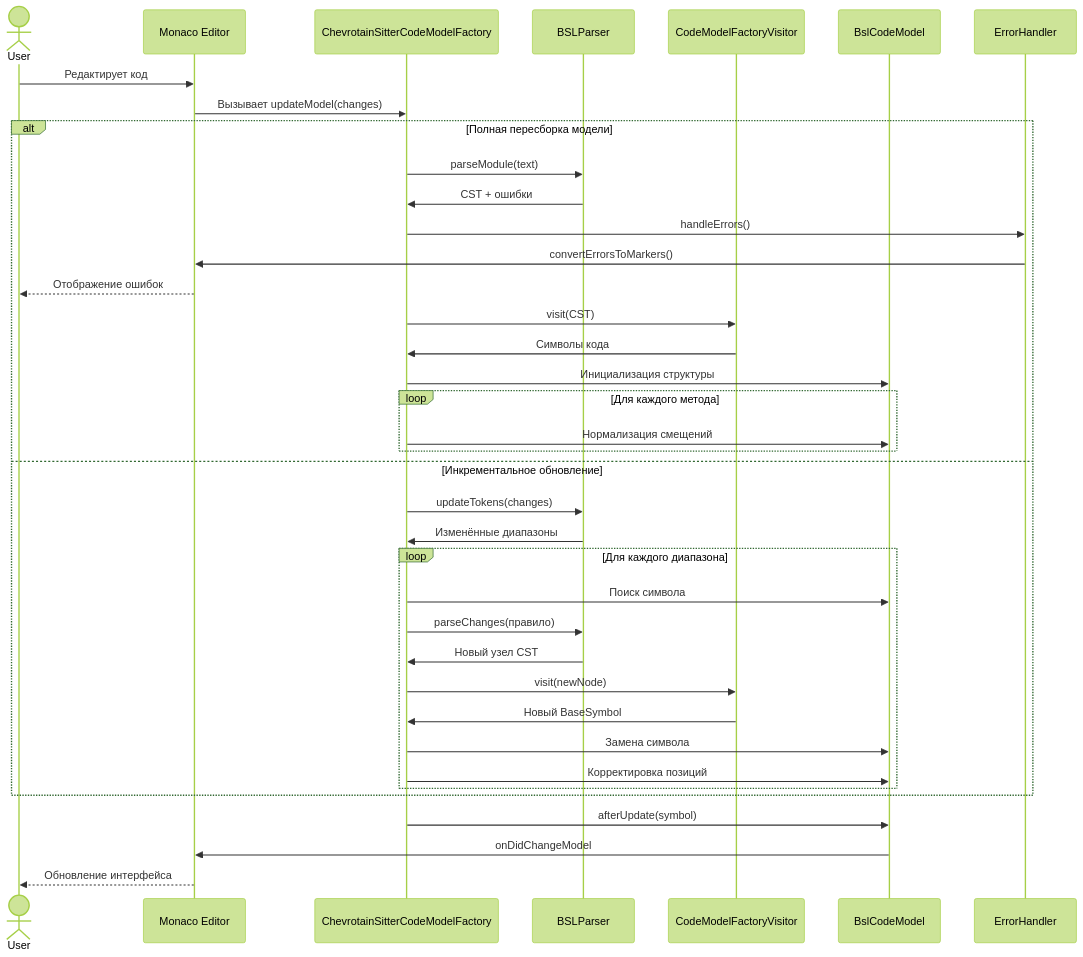
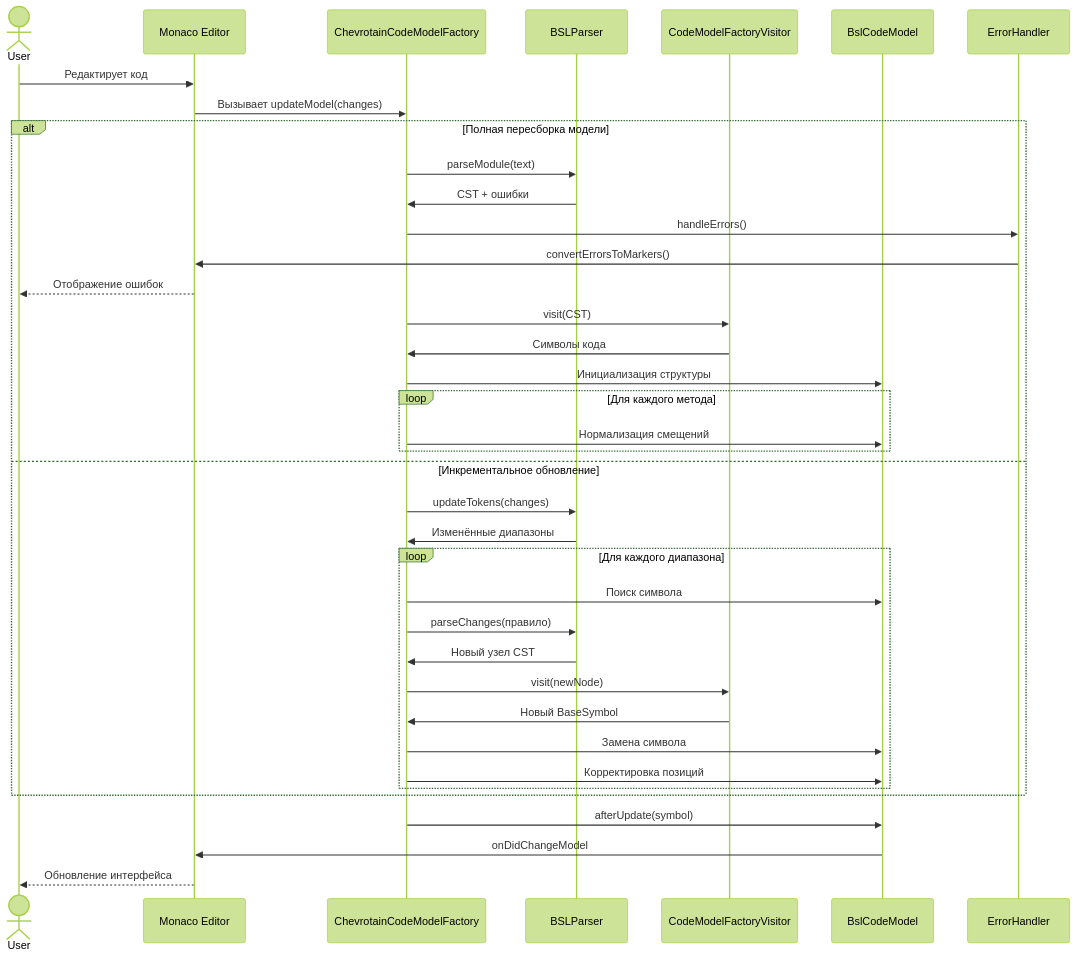
One commit to bia-technologies/yaxunit-editor changed the first of 2 diagrams in docs/codemodel.md. Above: the diagram before and after it, drawn with Mermaid (forest theme). The commit also changed 10 other files, not shown here.

````diff
--- a/docs/codemodel.md
+++ b/docs/codemodel.md
@@ -17,44 +17,44 @@
 ```mermaid title="Обновление CodeModel"
 sequenceDiagram
     actor User
     participant Editor as Monaco Editor
-    participant Factory as ChevrotainSitterCodeModelFactory
+    participant Factory as ChevrotainCodeModelFactory
     participant Parser as BSLParser
     participant Visitor as CodeModelFactoryVisitor
     participant CodeModel as BslCodeModel
     participant ErrorHandler
 
     User->>Editor: Редактирует код
     Editor->>Factory: Вызывает updateModel(changes)
     
     alt Полная пересборка модели
         Factory->>Parser: parseModule(text)
         Parser->>Factory: CST + ошибки
         Factory->>ErrorHandler: handleErrors()
         ErrorHandler->>Editor: convertErrorsToMarkers()
         Editor-->>User: Отображение ошибок
         Factory->>Visitor: visit(CST)
         Visitor->>Factory: Символы кода
         Factory->>CodeModel: Инициализация структуры
         loop Для каждого метода
             Factory->>CodeModel: Нормализация смещений
         end
     else Инкрементальное обновление
         Factory->>Parser: updateTokens(changes)
         Parser->>Factory: Изменённые диапазоны
         loop Для каждого диапазона
             Factory->>CodeModel: Поиск символа
             Factory->>Parser: parseChanges(правило)
             Parser->>Factory: Новый узел CST
             Factory->>Visitor: visit(newNode)
             Visitor->>Factory: Новый BaseSymbol
             Factory->>CodeModel: Замена символа
             Factory->>CodeModel: Корректировка позиций
         end
     end
 
     Factory->>CodeModel: afterUpdate(symbol)
     
     CodeModel->>Editor: onDidChangeModel
     Editor-->>User: Обновление интерфейса
 ```
````
